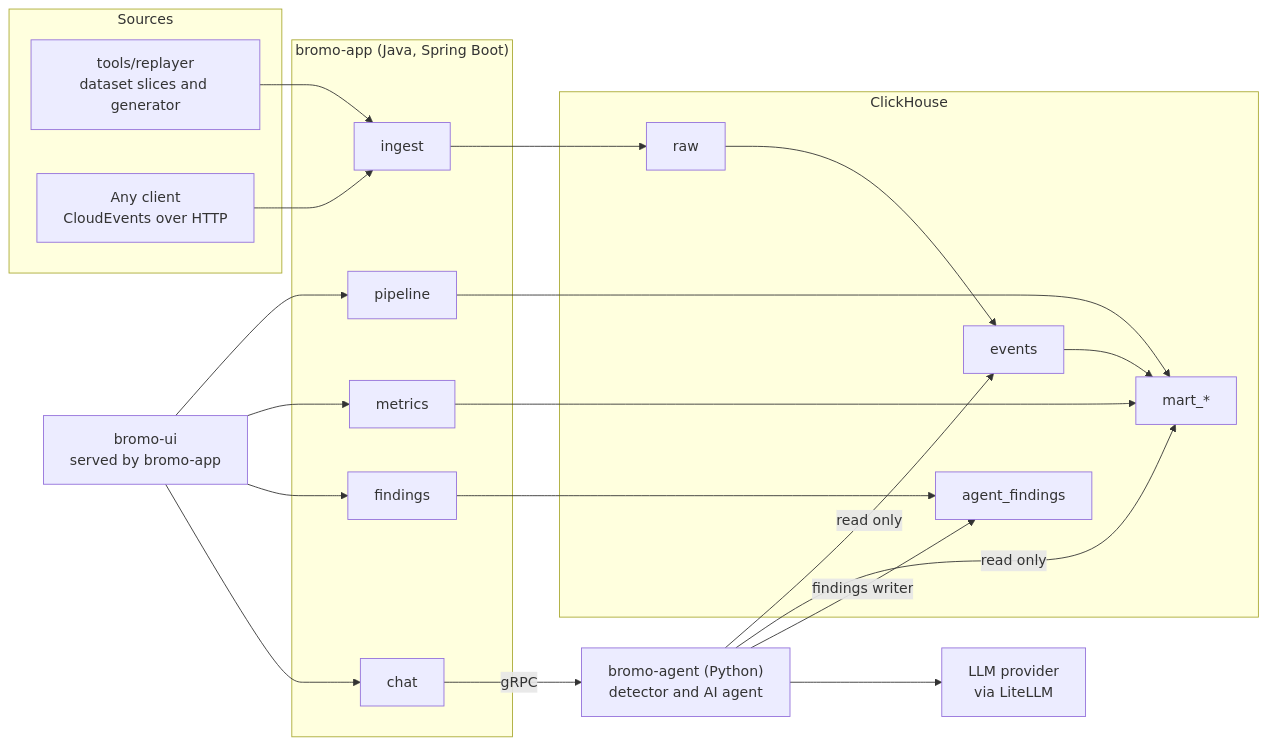
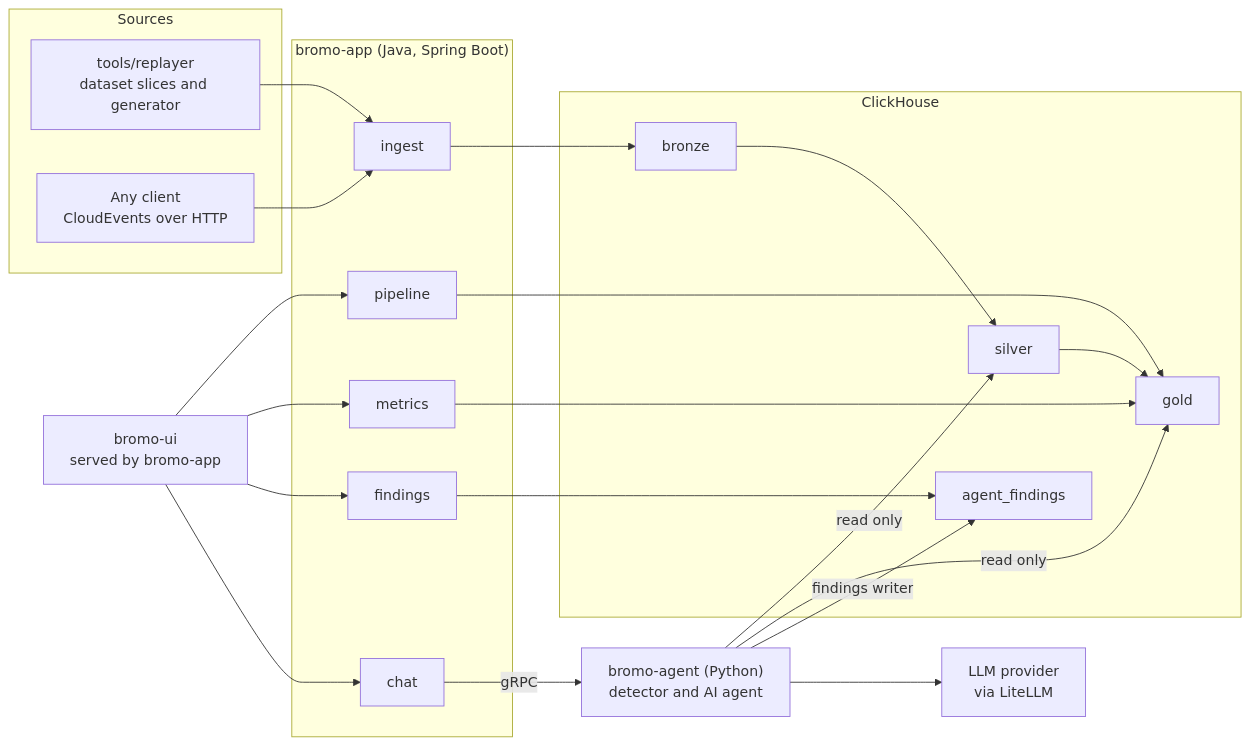
Before and after one commit to raihanpka/streaming-elt-clickhouse-with-ai: the first of 2 diagrams in docs/ARCHITECTURE.md, drawn with Mermaid. The commit also changed other lines of this file and 120 other files, not shown here.

````diff
--- a/docs/ARCHITECTURE.md
+++ b/docs/ARCHITECTURE.md
@@ -24,43 +22,43 @@
 ```mermaid
 flowchart LR
     subgraph Sources
         R[tools/replayer<br/>dataset slices and generator]
         C[Any client<br/>CloudEvents over HTTP]
     end
 
     subgraph Backend["bromo-app (Java, Spring Boot)"]
         IN[ingest]
         PI[pipeline]
         ME[metrics]
         FI[findings]
         CH[chat]
     end
 
     subgraph WH["ClickHouse"]
-        RAW[raw]
-        EV[events]
-        MA[mart_*]
+        BR[bronze]
+        SI[silver]
+        GO[gold]
         FD[agent_findings]
     end
 
     AG["bromo-agent (Python)<br/>detector and AI agent"]
     LLM[LLM provider<br/>via LiteLLM]
     UI[bromo-ui<br/>served by bromo-app]
 
     R --> IN
     C --> IN
-    IN --> RAW
-    RAW --> EV --> MA
-    PI --> MA
-    ME --> MA
+    IN --> BR
+    BR --> SI --> GO
+    PI --> GO
+    ME --> GO
     FI --> FD
-    AG -->|read only| EV
-    AG -->|read only| MA
+    AG -->|read only| SI
+    AG -->|read only| GO
     AG -->|findings writer| FD
     AG --> LLM
     CH -->|gRPC| AG
     UI --> PI
     UI --> ME
     UI --> FI
     UI --> CH
 ```
````
